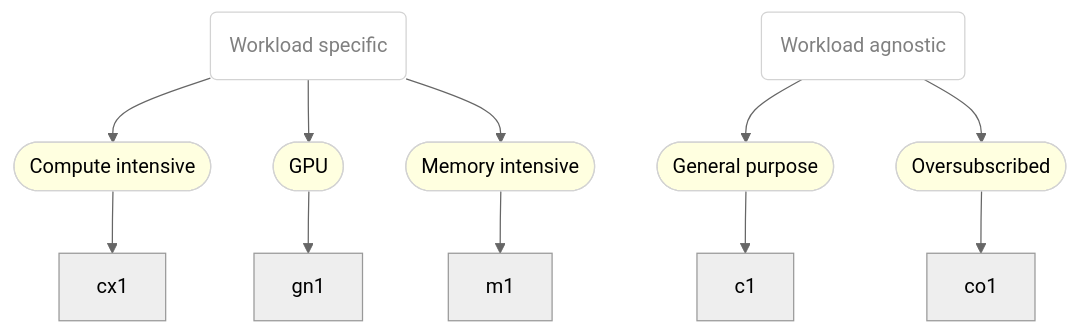
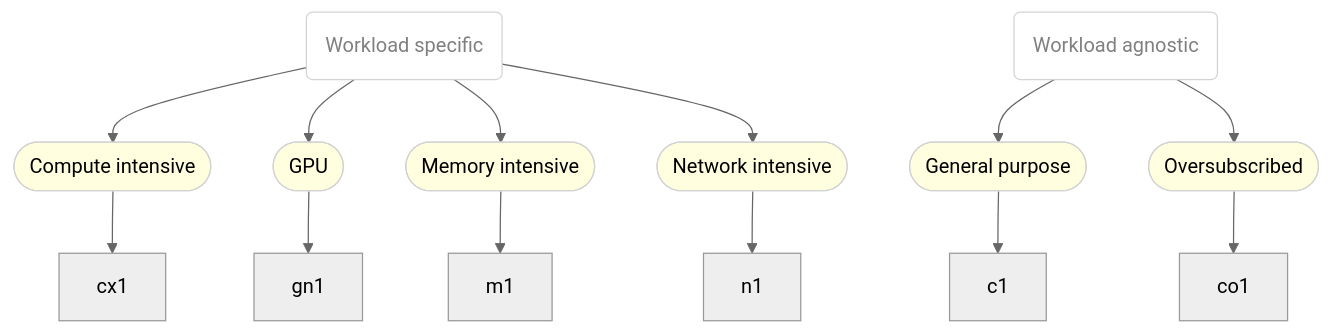
One commit to fabiand/instanceTypes changed the diagram in README.md. Above: the diagram before and after it, drawn with Mermaid (neutral theme). The commit also changed other lines of this file and 4 other files, not shown here.

````diff
--- a/README.md
+++ b/README.md
@@ -30,28 +30,31 @@
 ```mermaid
 graph TD
 
 classDef grp fill:white,stroke:lightgray,color:gray
 classDef series fill:lightyellow,stroke:lightgray
 classDef instancetype fill:
 
 wrkld(Workload specific)
 nwrkld(Workload agnostic)
 class wrkld grp
 
 nwrkld:::grp --> Generalpurpose:::series
 Generalpurpose([General purpose]):::series --> c1:::instancetype
 
 nwrkld:::grp --> Oversubscribed:::series
 Oversubscribed([Oversubscribed]):::series --> co1:::instancetype
 
 wrkld:::grp --> Computeintensive:::series
 Computeintensive([Compute intensive]):::series --> cx1:::instancetype
 
 wrkld:::grp --> GPU:::series
 GPU([GPU]):::series --> gn1:::instancetype
 
 wrkld:::grp --> Memoryintensive:::series
 Memoryintensive([Memory intensive]):::series --> m1:::instancetype
 
+wrkld:::grp --> Networkintensive:::series
+Networkintensive([Network intensive]):::series --> n1:::instancetype
+
 
 ```
````
